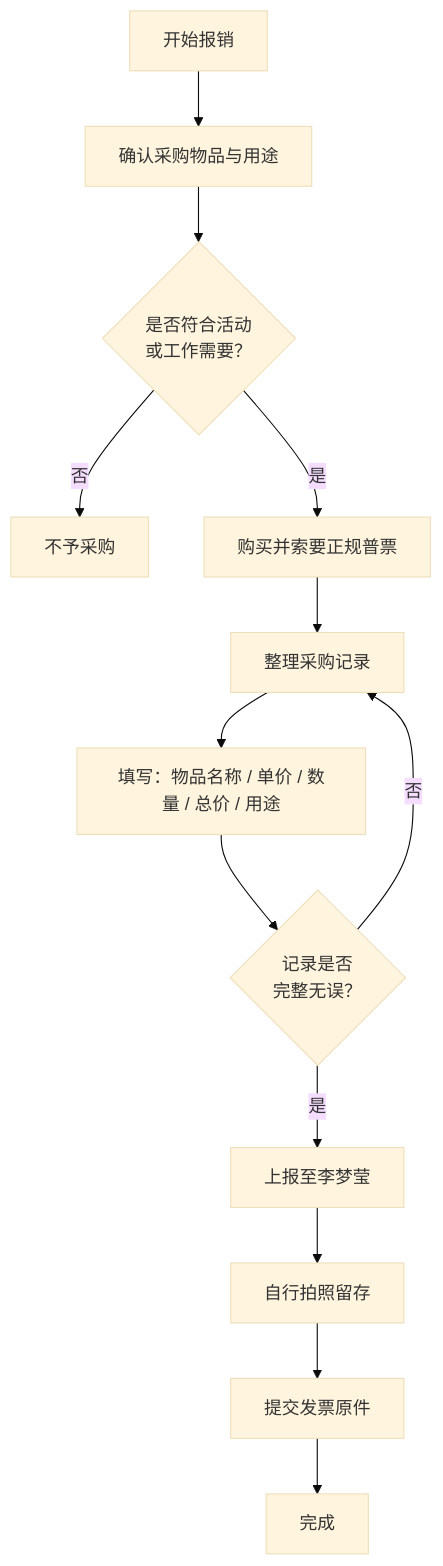
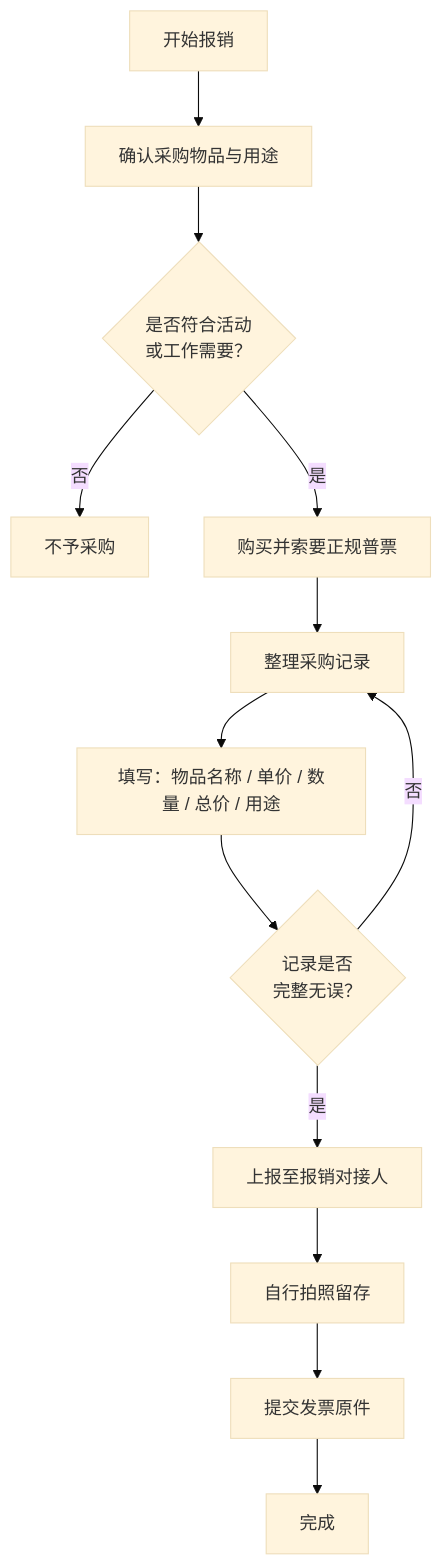
The diagram in process/2025/reimbursement-process.md (nbtca/documents), drawn with Mermaid (base theme) before and after one commit. The commit also changed other lines of this file and 21 other files, not shown here.

````diff
--- a/process/2025/reimbursement-process.md
+++ b/process/2025/reimbursement-process.md
@@ -13,15 +15,15 @@
 ```mermaid
 flowchart TD
     A[开始报销] --> B[确认采购物品与用途]
     B --> C{是否符合活动<br>或工作需要？}
     C -->|否| D[不予采购]
     C -->|是| E[购买并索要正规普票]
     E --> F[整理采购记录]
     F --> G[填写：物品名称 / 单价 / 数量 / 总价 / 用途]
     G --> H{记录是否<br>完整无误？}
     H -->|否| F
-    H -->|是| I[上报至李梦莹]
+    H -->|是| I[上报至报销对接人]
     I --> J[自行拍照留存]
     J --> K[提交发票原件]
     K --> L[完成]
 ```
````
